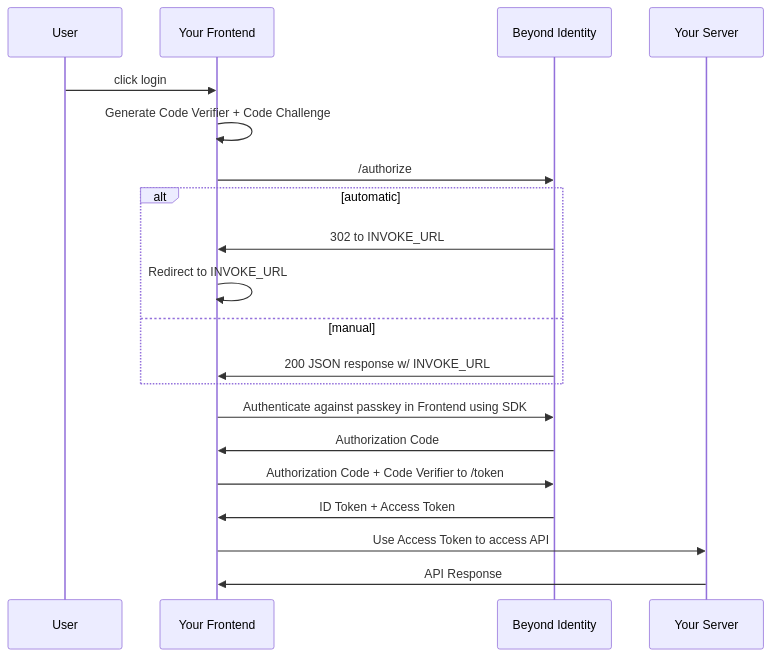
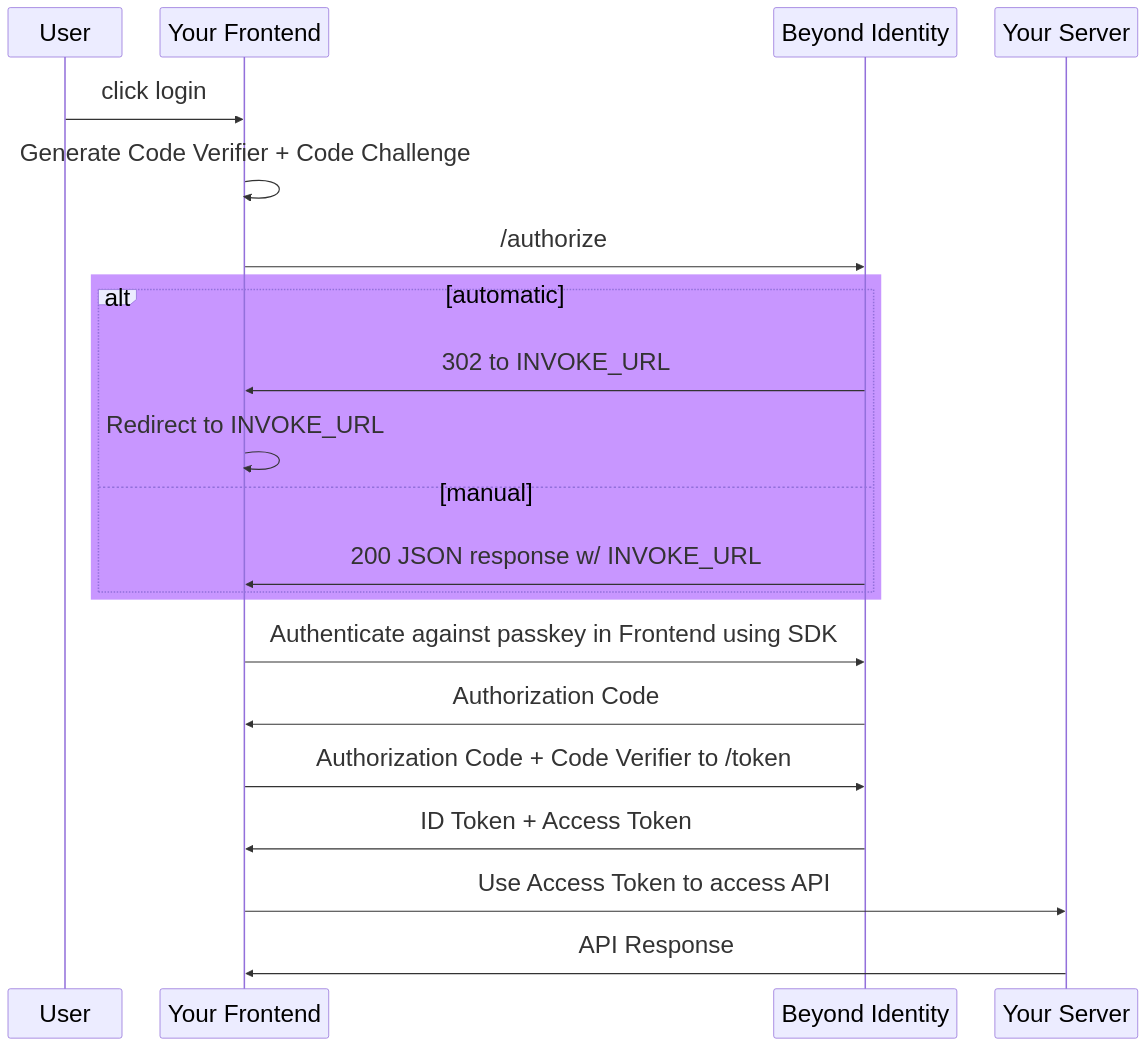
The third of 3 diagrams in docs/platform-overview/authenticator-config.md (gobeyondidentity/developer-docs), drawn with Mermaid before and after one commit. The commit also changed other lines of this file, not shown here.

````diff
--- a/docs/platform-overview/authenticator-config.md
+++ b/docs/platform-overview/authenticator-config.md
@@ -35,22 +162,25 @@
 ```mermaid
+%%{init: { 'fontSize': 32 } }%%
 sequenceDiagram
     participant user as User
     participant frontend as Your Frontend
     participant bi as Beyond Identity
     participant server as Your Server
     user ->> frontend: click login
     frontend->>frontend: Generate Code Verifier + Code Challenge
     frontend->>bi: /authorize
+    rect rgb(200, 150, 255)
     alt automatic
 	bi->>frontend: 302 to INVOKE_URL
 	frontend->>frontend: Redirect to INVOKE_URL
     else manual
 	bi->>frontend: 200 JSON response w/ INVOKE_URL
+    end
     end
     frontend->>bi: Authenticate against passkey in Frontend using SDK
     bi->>frontend: Authorization Code
     frontend->>bi: Authorization Code + Code Verifier to /token
     bi->>frontend: ID Token + Access Token
     frontend->>server: Use Access Token to access API
     server->>frontend: API Response
 ```
````
